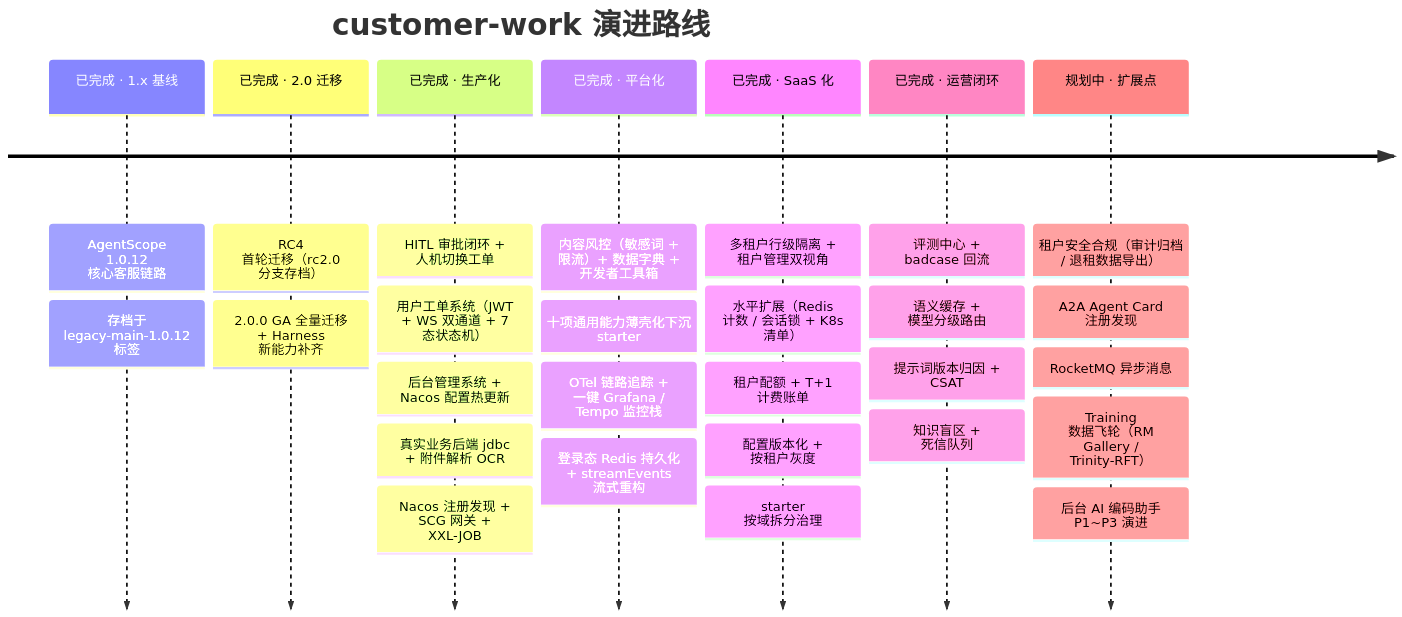
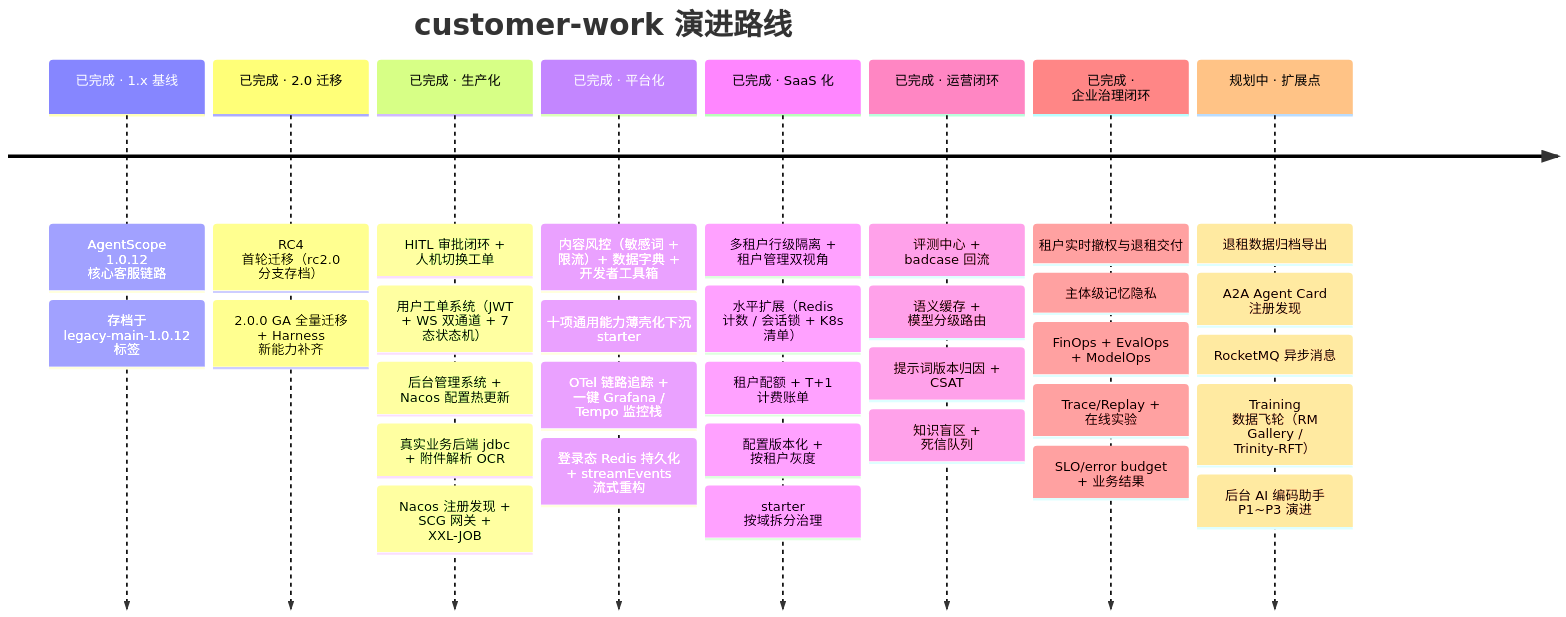
Before and after one commit to liulangjietou/customer_work: the fifth of 5 diagrams in README.md, drawn with Mermaid. The commit also changed other lines of this file and 630 other files, not shown here.

````diff
--- a/README.md
+++ b/README.md
@@ -261,11 +261,12 @@
 ```mermaid
 timeline
     title customer-work 演进路线
     已完成 · 1.x 基线 : AgentScope 1.0.12 核心客服链路 : 存档于 legacy-main-1.0.12 标签
     已完成 · 2.0 迁移 : RC4 首轮迁移（rc2.0 分支存档） : 2.0.0 GA 全量迁移 + Harness 新能力补齐
     已完成 · 生产化 : HITL 审批闭环 + 人机切换工单 : 用户工单系统（JWT + WS 双通道 + 7 态状态机） : 后台管理系统 + Nacos 配置热更新 : 真实业务后端 jdbc + 附件解析 OCR : Nacos 注册发现 + SCG 网关 + XXL-JOB
     已完成 · 平台化 : 内容风控（敏感词 + 限流）+ 数据字典 + 开发者工具箱 : 十项通用能力薄壳化下沉 starter : OTel 链路追踪 + 一键 Grafana / Tempo 监控栈 : 登录态 Redis 持久化 + streamEvents 流式重构
     已完成 · SaaS 化 : 多租户行级隔离 + 租户管理双视角 : 水平扩展（Redis 计数 / 会话锁 + K8s 清单） : 租户配额 + T+1 计费账单 : 配置版本化 + 按租户灰度 : starter 按域拆分治理
     已完成 · 运营闭环 : 评测中心 + badcase 回流 : 语义缓存 + 模型分级路由 : 提示词版本归因 + CSAT : 知识盲区 + 死信队列
-    规划中 · 扩展点 : 租户安全合规（审计归档 / 退租数据导出） : A2A Agent Card 注册发现 : RocketMQ 异步消息 : Training 数据飞轮（RM Gallery / Trinity-RFT） : 后台 AI 编码助手 P1~P3 演进
+    已完成 · 企业治理闭环 : 租户实时撤权与退租交付 : 主体级记忆隐私 : FinOps + EvalOps + ModelOps : Trace/Replay + 在线实验 : SLO/error budget + 业务结果
+    规划中 · 扩展点 : 退租数据归档导出 : A2A Agent Card 注册发现 : RocketMQ 异步消息 : Training 数据飞轮（RM Gallery / Trinity-RFT） : 后台 AI 编码助手 P1~P3 演进
 ```
````
